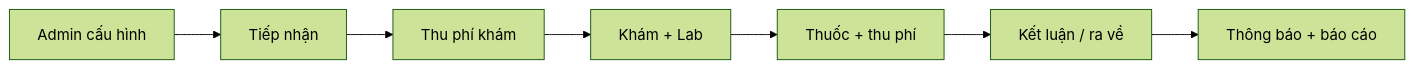
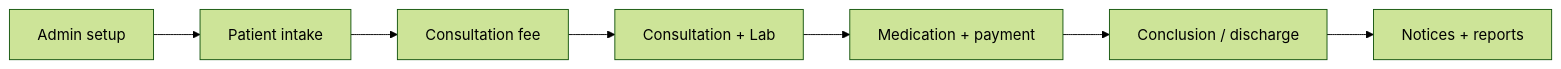
Before and after one commit to Dangvinh77/MediFlow: the diagram in scripts/demo_25_10/artifacts/service-demo/diagrams/02.mmd, drawn with Mermaid (forest theme). The commit also changed 9 other files, not shown here.

```diff
--- a/scripts/demo_25_10/artifacts/service-demo/diagrams/02.mmd
+++ b/scripts/demo_25_10/artifacts/service-demo/diagrams/02.mmd
@@ -1,2 +1,2 @@
 flowchart LR
-A["Admin cấu hình"] --> B["Tiếp nhận"] --> C["Thu phí khám"] --> D["Khám + Lab"] --> E["Thuốc + thu phí"] --> F["Kết luận / ra về"] --> G["Thông báo + báo cáo"]
+A["Admin setup"] --> B["Patient intake"] --> C["Consultation fee"] --> D["Consultation + Lab"] --> E["Medication + payment"] --> F["Conclusion / discharge"] --> G["Notices + reports"]
```
